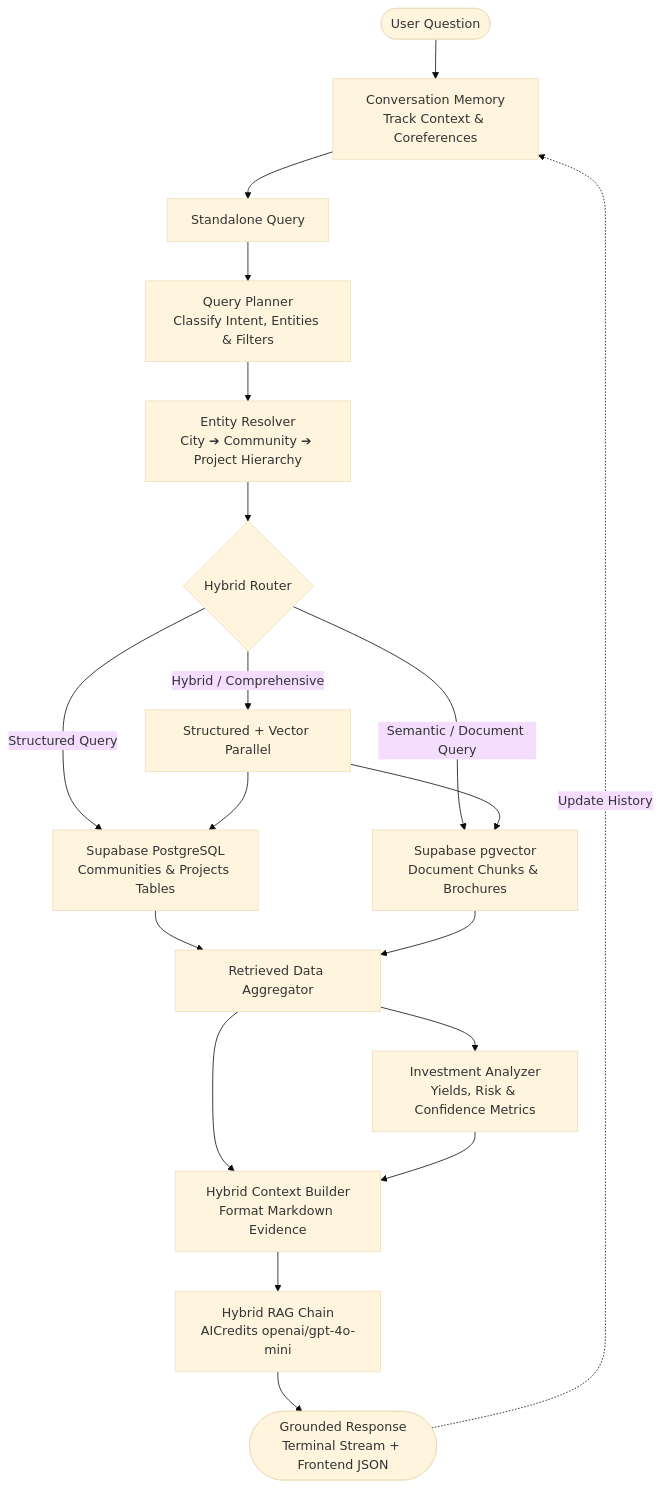
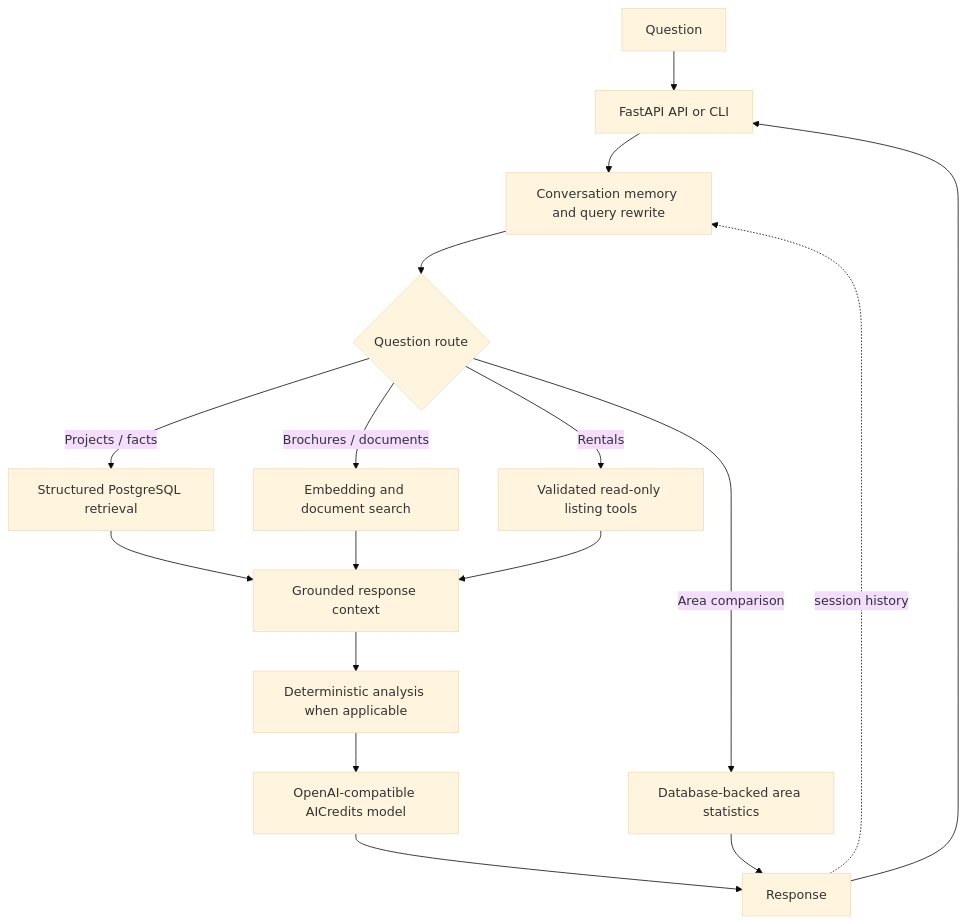
One commit to RyzerRWA/Acot-AI changed the diagram in README.md. Above: the diagram before and after it, drawn with Mermaid (base theme). The commit also changed other lines of this file and 18 other files, not shown here.

First line of the commit message:
feat: Enhance area comparison functionality and session persistence

````diff
--- a/README.md
+++ b/README.md
@@ -81,27 +18,19 @@
 ```mermaid
 flowchart TD
-    User([User Question]) --> Mem[Conversation Memory\nTrack Context & Coreferences]
-    Mem --> RewrittenQuery[Standalone Query]
-    RewrittenQuery --> Planner[Query Planner\nClassify Intent, Entities & Filters]
-    Planner --> EntityRes[Entity Resolver\nCity ➔ Community ➔ Project Hierarchy]
-    
-    EntityRes --> Router{Hybrid Router}
-    
-    Router -->|Structured Query| SQLRetriever[Supabase PostgreSQL\nCommunities & Projects Tables]
-    Router -->|Semantic / Document Query| VecRetriever[Supabase pgvector\nDocument Chunks & Brochures]
-    Router -->|Hybrid / Comprehensive| Both[Structured + Vector Parallel]
-    
-    Both --> SQLRetriever
-    Both --> VecRetriever
-    
-    SQLRetriever --> Aggregator[Retrieved Data Aggregator]
-    VecRetriever --> Aggregator
-    
-    Aggregator --> InvestAnalyzer[Investment Analyzer\nYields, Risk & Confidence Metrics]
-    Aggregator --> CtxBuilder[Hybrid Context Builder\nFormat Markdown Evidence]
-    InvestAnalyzer --> CtxBuilder
-    
-    CtxBuilder --> RAGChain[Hybrid RAG Chain\nAICredits openai/gpt-4o-mini]
-    RAGChain --> Response([Grounded Response\nTerminal Stream + Frontend JSON])
-    Response -.->|Update History| Mem
+    U[Question] --> API[FastAPI API or CLI]
+    API --> MEM[Conversation memory and query rewrite]
+    MEM --> ROUTER{Question route}
+    ROUTER -->|Projects / facts| STRUCT[Structured PostgreSQL retrieval]
+    ROUTER -->|Brochures / documents| VECTOR[Embedding and document search]
+    ROUTER -->|Rentals| TOOLS[Validated read-only listing tools]
+    ROUTER -->|Area comparison| AREA[Database-backed area statistics]
+    STRUCT --> CTX[Grounded response context]
+    VECTOR --> CTX
+    TOOLS --> CTX
+    AREA --> OUT[Response]
+    CTX --> ANALYSIS[Deterministic analysis when applicable]
+    ANALYSIS --> LLM[OpenAI-compatible AICredits model]
+    LLM --> OUT
+    OUT --> API
+    OUT -. session history .-> MEM
 ```
````
